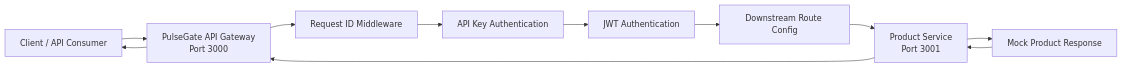
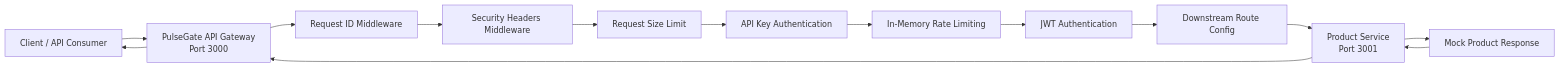
Before and after one commit to VuNguyen26/pulsegate: the diagram in README.md, drawn with Mermaid. The commit also changed other lines of this file and 6 other files, not shown here.

````diff
--- a/README.md
+++ b/README.md
@@ -151,13 +170,16 @@
 ```mermaid
 flowchart LR
     Client[Client / API Consumer] --> Gateway[PulseGate API Gateway<br/>Port 3000]
     Gateway --> ReqId[Request ID Middleware]
-    ReqId --> ApiKey[API Key Authentication]
-    ApiKey --> Jwt[JWT Authentication]
+    ReqId --> SecurityHeaders[Security Headers Middleware]
+    SecurityHeaders --> SizeLimit[Request Size Limit]
+    SizeLimit --> ApiKey[API Key Authentication]
+    ApiKey --> RateLimit[In-Memory Rate Limiting]
+    RateLimit --> Jwt[JWT Authentication]
     Jwt --> RouteConfig[Downstream Route Config]
     RouteConfig --> Product[Product Service<br/>Port 3001]
     Product --> Response[Mock Product Response]
     Response --> Product
     Product --> Gateway
     Gateway --> Client
 ```
````
